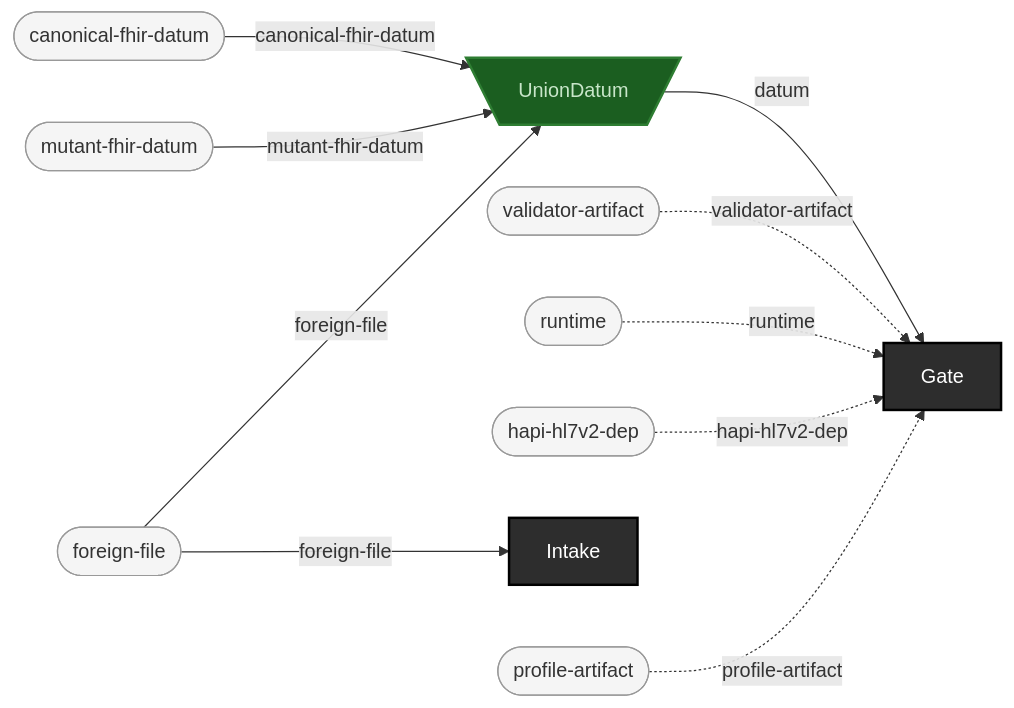
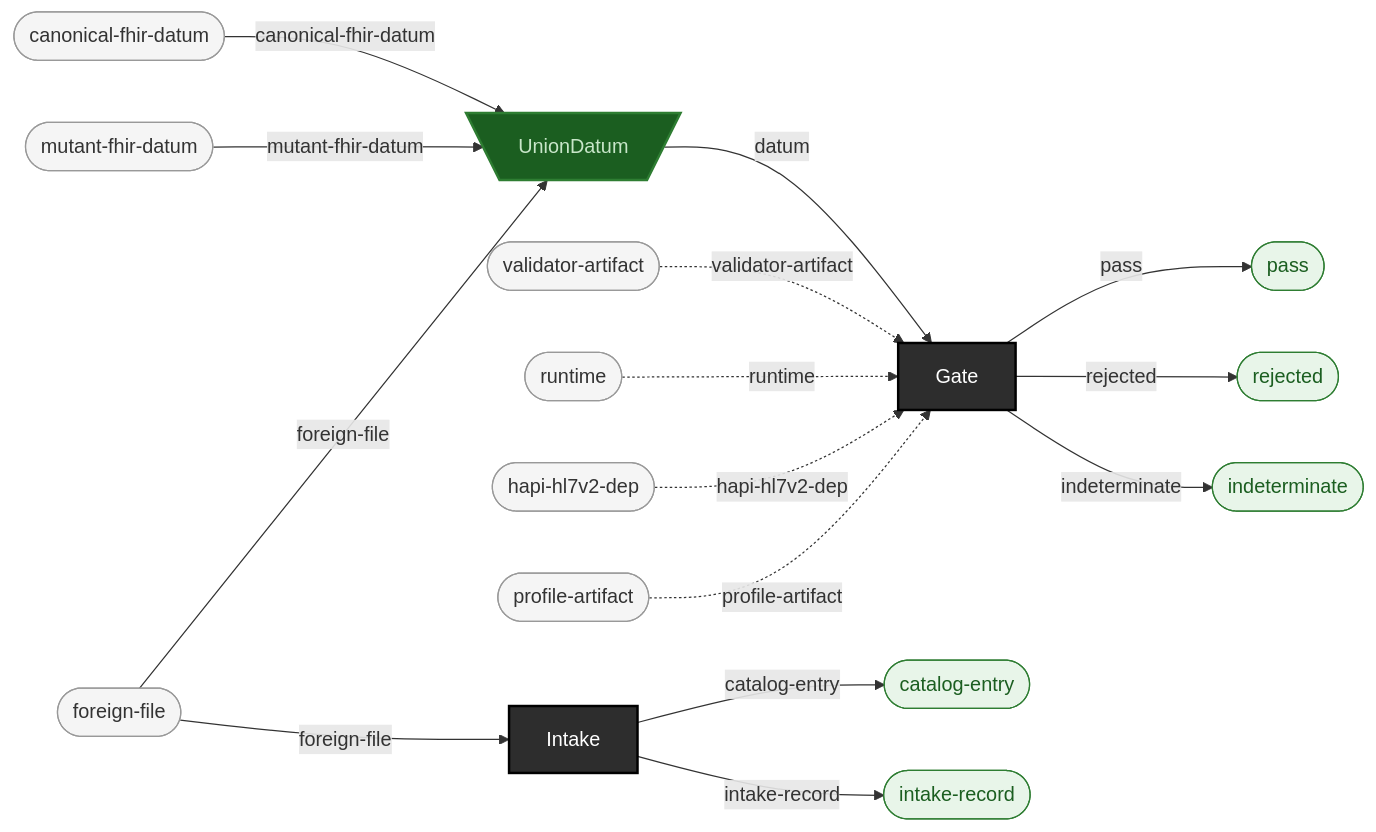
Before and after one commit to pragsmike/ehr-testing-tools: the diagram in docs/use-cases/acceptance-qa-of-vendor-corpora.md, drawn with Mermaid. The commit also changed 21 other files, not shown here.

First line of the commit message:
docs: regenerate use-case pages and pipeline diagram with result nodes (mechanical, zero hand edits)

````diff
--- a/docs/use-cases/acceptance-qa-of-vendor-corpora.md
+++ b/docs/use-cases/acceptance-qa-of-vendor-corpora.md
@@ -40,49 +40,68 @@
 ```mermaid
 flowchart LR
 
     %% --- Source types (raw inputs, not produced by any operation) ---
     canonical_fhir_datum(["canonical-fhir-datum"])
     foreign_file(["foreign-file"])
     hapi_hl7v2_dep(["hapi-hl7v2-dep"])
     mutant_fhir_datum(["mutant-fhir-datum"])
     profile_artifact(["profile-artifact"])
     runtime(["runtime"])
     validator_artifact(["validator-artifact"])
 
     %% --- Operations (boxes; spiders use distinct shapes) ---
     Intake["Intake"]
     UnionDatum[\"UnionDatum"/]
     Gate["Gate"]
 
+    %% --- Result types (terminal outputs) ---
+    catalog_entry_out(["catalog-entry"])
+    indeterminate_out(["indeterminate"])
+    intake_record_out(["intake-record"])
+    pass_out(["pass"])
+    rejected_out(["rejected"])
+
     %% --- Wires (typed connections) ---
     %% Arrow 1: Intake
     foreign_file -- foreign-file --> Intake
+    Intake -- "catalog-entry" --> catalog_entry_out
+    Intake -- "intake-record" --> intake_record_out
 
     %% Arrow 2: UnionDatum
     canonical_fhir_datum -- canonical-fhir-datum --> UnionDatum
     mutant_fhir_datum -- mutant-fhir-datum --> UnionDatum
     foreign_file -- foreign-file --> UnionDatum
 
     %% Arrow 3: Gate
     UnionDatum -- datum --> Gate
     validator_artifact -. validator-artifact .-> Gate
     runtime -. runtime .-> Gate
     hapi_hl7v2_dep -. hapi-hl7v2-dep .-> Gate
     profile_artifact -. profile-artifact .-> Gate
+    Gate -- "pass" --> pass_out
+    Gate -- "rejected" --> rejected_out
+    Gate -- "indeterminate" --> indeterminate_out
 
     %% --- Styling ---
 
     %% Operations: dark boxes (fan=blue, funnel=green, enrichment=outlined, gate=purple, external=dashed)
     style Intake fill:#2d2d2d,stroke:#000,color:#fff,stroke-width:2px
     style UnionDatum fill:#1b5e20,stroke:#2e7d32,color:#c8e6c9,stroke-width:2px
     style Gate fill:#2d2d2d,stroke:#000,color:#fff,stroke-width:2px
 
     %% Source types: light rounded
     style canonical_fhir_datum fill:#f5f5f5,stroke:#999,color:#333
     style foreign_file fill:#f5f5f5,stroke:#999,color:#333
     style hapi_hl7v2_dep fill:#f5f5f5,stroke:#999,color:#333
     style mutant_fhir_datum fill:#f5f5f5,stroke:#999,color:#333
     style profile_artifact fill:#f5f5f5,stroke:#999,color:#333
     style runtime fill:#f5f5f5,stroke:#999,color:#333
     style validator_artifact fill:#f5f5f5,stroke:#999,color:#333
+
+    %% Result types (terminal outputs): green rounded
+    style catalog_entry_out fill:#e8f5e9,stroke:#2e7d32,color:#1b5e20
+    style indeterminate_out fill:#e8f5e9,stroke:#2e7d32,color:#1b5e20
+    style intake_record_out fill:#e8f5e9,stroke:#2e7d32,color:#1b5e20
+    style pass_out fill:#e8f5e9,stroke:#2e7d32,color:#1b5e20
+    style rejected_out fill:#e8f5e9,stroke:#2e7d32,color:#1b5e20
 ```
````
